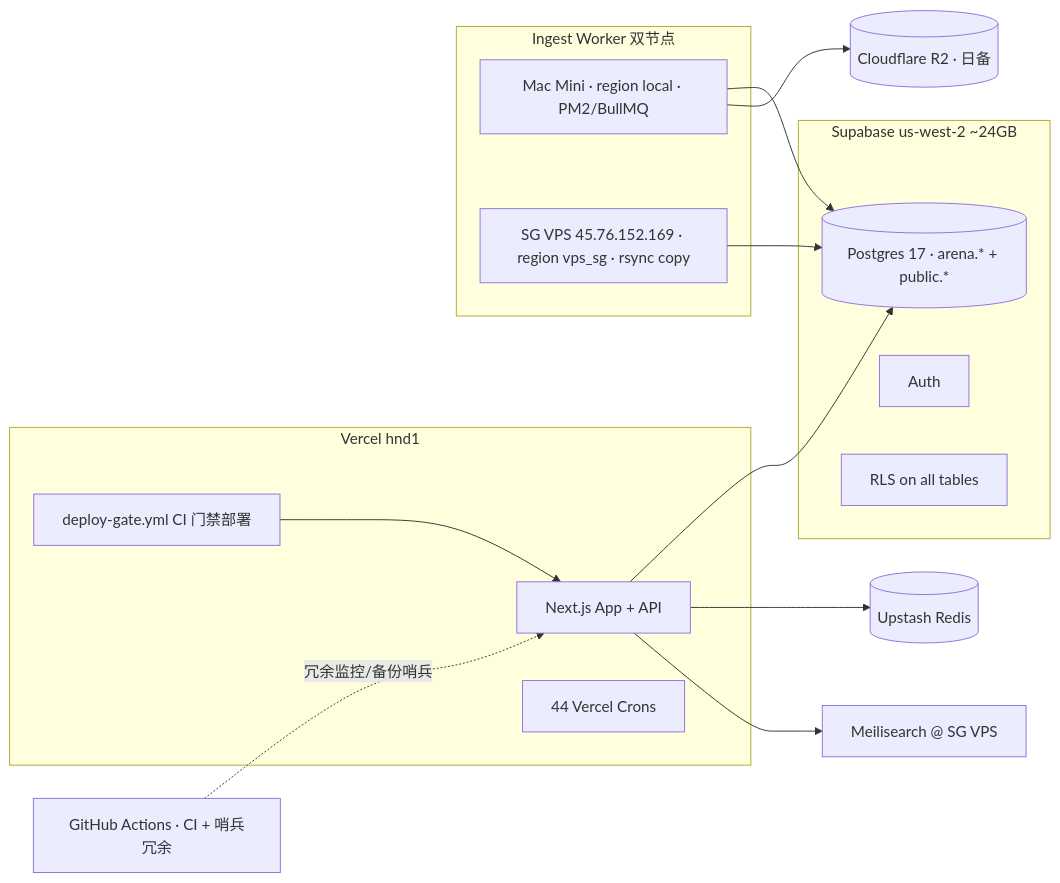
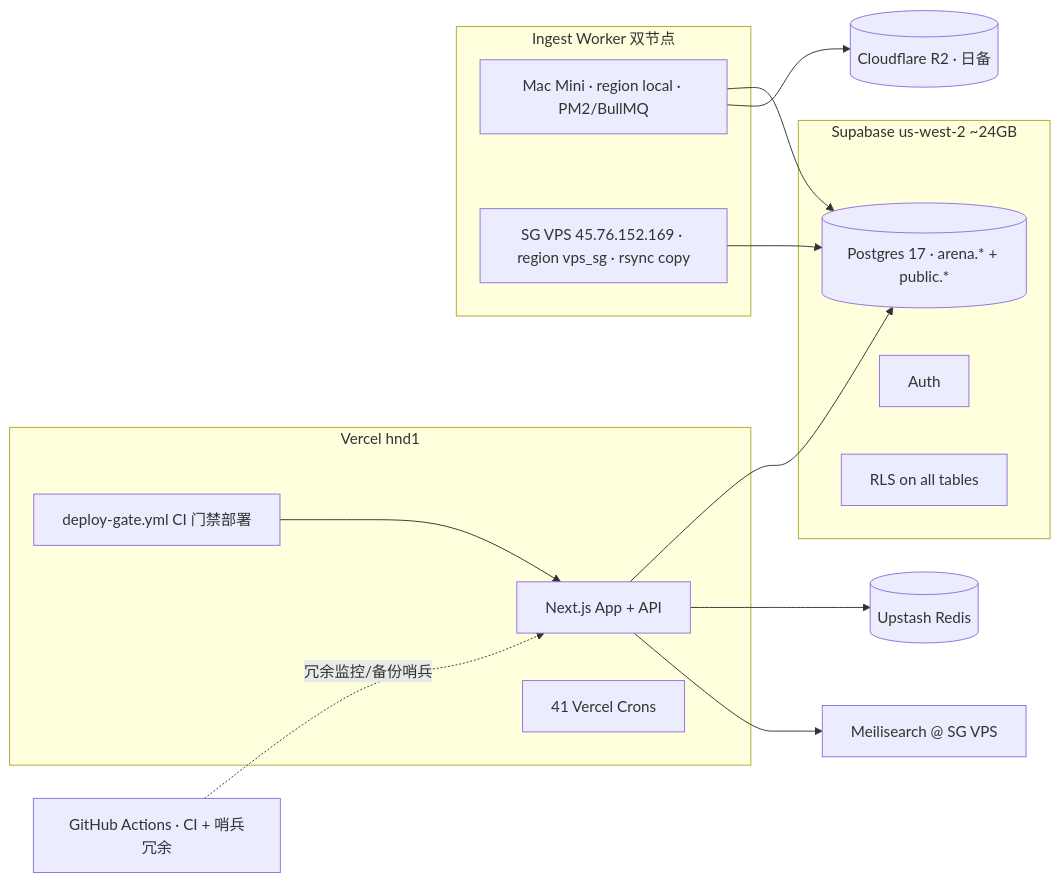
Before and after one commit to Adeline117/ranking-arena: the third of 4 diagrams in docs/ARCHITECTURE.md, drawn with Mermaid. The commit also changed other lines of this file and 360 other files, not shown here.

````diff
--- a/docs/ARCHITECTURE.md
+++ b/docs/ARCHITECTURE.md
@@ -82,30 +82,30 @@
 ```mermaid
 graph LR
   subgraph Vercel[Vercel hnd1]
     APP[Next.js App + API]
-    CRON[44 Vercel Crons]
+    CRON[41 Vercel Crons]
     GATE[deploy-gate.yml CI 门禁部署]
   end
   subgraph Supabase[Supabase us-west-2 ~24GB]
     PG[(Postgres 17 · arena.* + public.*)]
     AUTH[Auth]
     RLS[RLS on all tables]
   end
   subgraph Nodes[Ingest Worker 双节点]
     MM[Mac Mini · region local · PM2/BullMQ]
     SG[SG VPS 45.76.152.169 · region vps_sg · rsync copy]
   end
   MEILI[Meilisearch @ SG VPS]
   REDIS[(Upstash Redis)]
   R2[(Cloudflare R2 · 日备)]
   GH[GitHub Actions · CI + 哨兵冗余]
 
   APP --> PG
   APP --> REDIS
   APP --> MEILI
   MM --> PG
   SG --> PG
   MM --> R2
   GH -.冗余监控/备份哨兵.-> APP
   GATE --> APP
 ```
````
